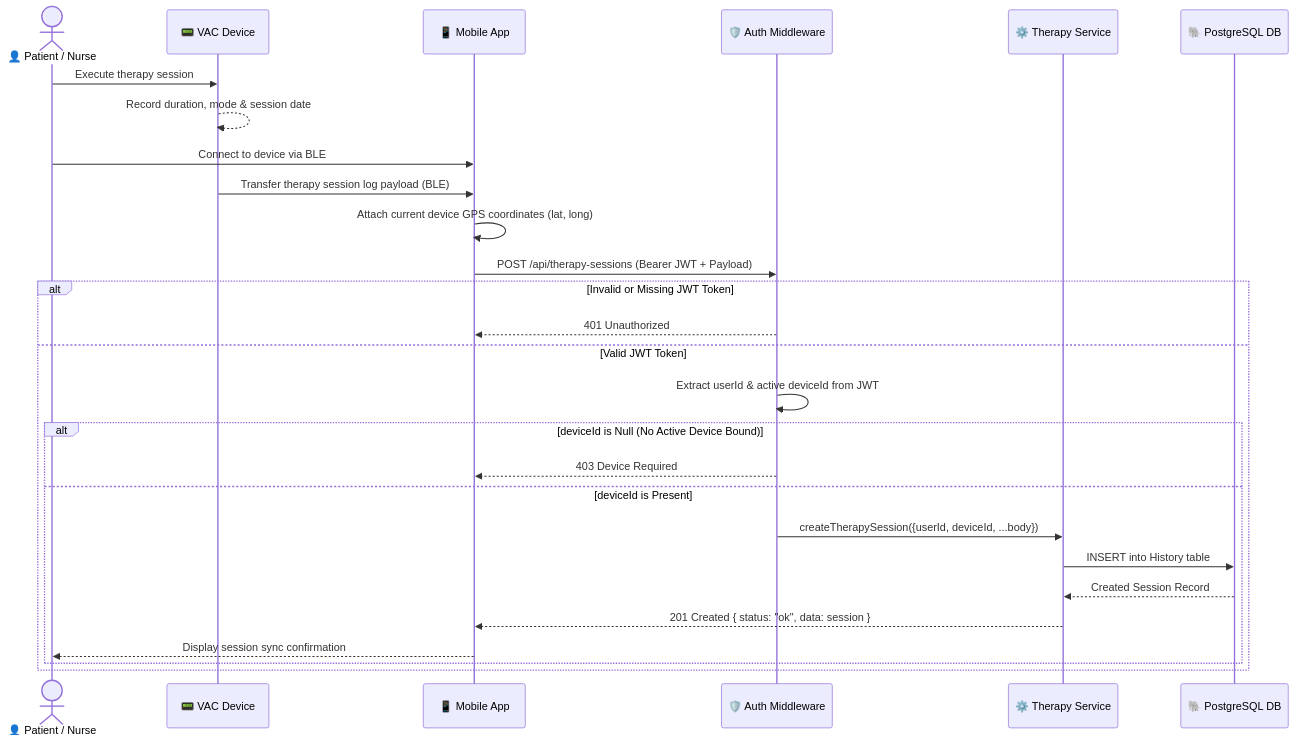
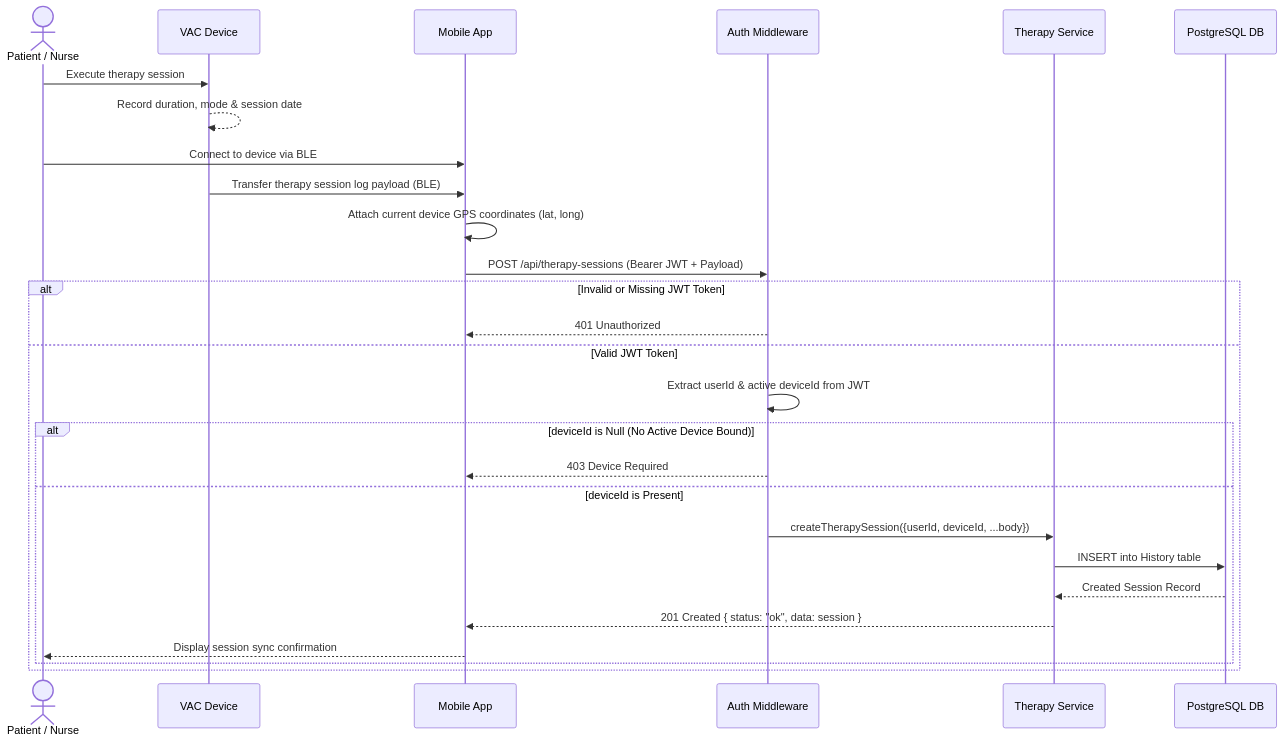
One commit to nashirabbash/be_vac changed the second of 5 diagrams in README.md. Above: the diagram before and after it, drawn with Mermaid. The commit also changed other lines of this file, not shown here.

Commit message:
docs: remove emojis/icons from mermaid diagrams

````diff
--- a/README.md
+++ b/README.md
@@ -134,34 +134,34 @@
 ```mermaid
 sequenceDiagram
     accTitle: End-to-End Therapy Session Upload Sequence
     accDescr: How a therapy session is recorded on a VAC device, synced via BLE to the mobile app, and posted to the backend API.
 
-    actor User as 👤 Patient / Nurse
-    participant Device as 📟 VAC Device
-    participant Mobile as 📱 Mobile App
-    participant Middleware as 🛡️ Auth Middleware
-    participant Service as ⚙️ Therapy Service
-    participant DB as 🐘 PostgreSQL DB
+    actor User as Patient / Nurse
+    participant Device as VAC Device
+    participant Mobile as Mobile App
+    participant Middleware as Auth Middleware
+    participant Service as Therapy Service
+    participant DB as PostgreSQL DB
 
     User->>Device: Execute therapy session
     Device-->>Device: Record duration, mode & session date
     User->>Mobile: Connect to device via BLE
     Device->>Mobile: Transfer therapy session log payload (BLE)
     Mobile->>Mobile: Attach current device GPS coordinates (lat, long)
     Mobile->>Middleware: POST /api/therapy-sessions (Bearer JWT + Payload)
 
     alt Invalid or Missing JWT Token
         Middleware-->>Mobile: 401 Unauthorized
     else Valid JWT Token
         Middleware->>Middleware: Extract userId & active deviceId from JWT
         alt deviceId is Null (No Active Device Bound)
             Middleware-->>Mobile: 403 Device Required
         else deviceId is Present
             Middleware->>Service: createTherapySession({userId, deviceId, ...body})
             Service->>DB: INSERT into History table
             DB-->>Service: Created Session Record
             Service-->>Mobile: 201 Created { status: "ok", data: session }
             Mobile-->>User: Display session sync confirmation
         end
     end
 ```
````
